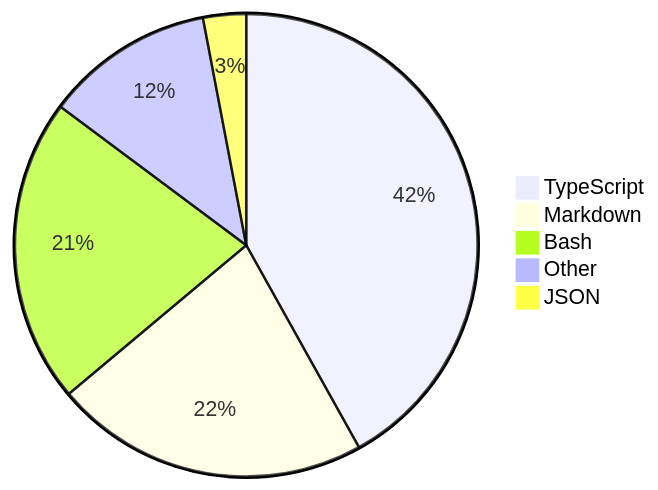
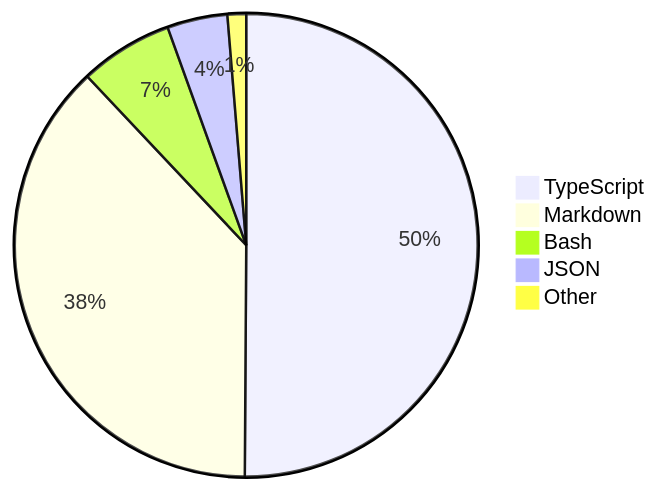
Before and after one commit to skvggor/skvggor: the diagram in README.md, drawn with Mermaid.

Commit message:
Updated waka-readme graph with new metrics

````diff
--- a/README.md
+++ b/README.md
@@ -35,8 +35,8 @@
 ```mermaid
 pie
-    "TypeScript" : 41.9
-    "Markdown" : 22.0
-    "Bash" : 21.3
-    "Other" : 11.8
-    "JSON" : 3.0
+    "TypeScript" : 50.0
+    "Markdown" : 37.8
+    "Bash" : 6.5
+    "JSON" : 4.2
+    "Other" : 1.3
 ```
````
